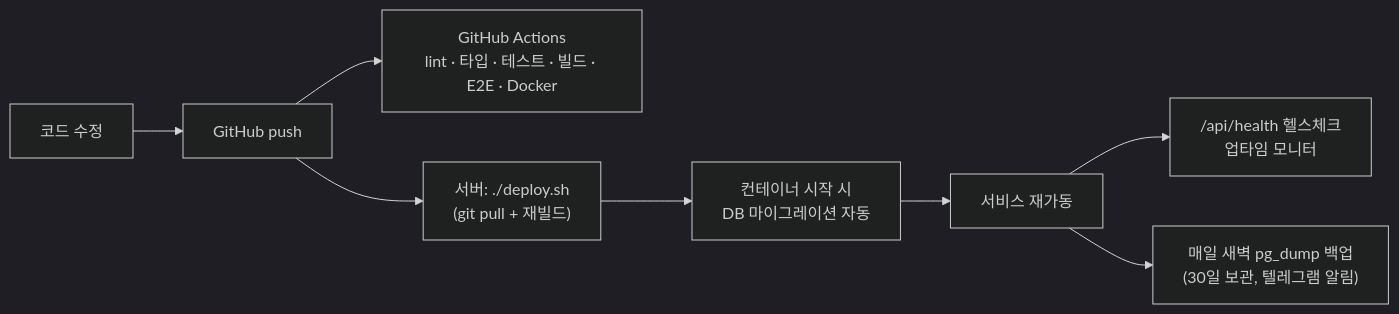
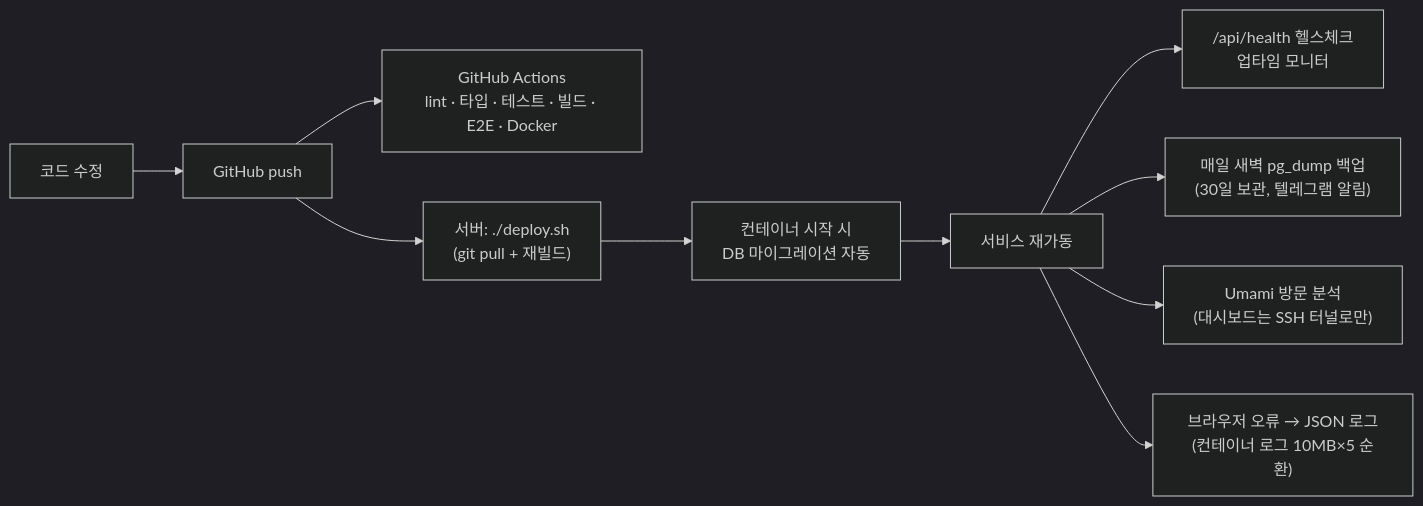
Before and after one commit to vittroi384/qr-web: the fourth of 4 diagrams in docs/HANDOVER.md, drawn with Mermaid (dark theme). The commit also changed other lines of this file and 4 other files, not shown here.

Commit message:
문서 갱신 — 인수인계(MD/Word) Phase 6·교훈·면접·체크리스트·파일 지도, 다이어그램 3장 재생성, ADR-007(자체 호스팅 분석), PLAN §10·§11

````diff
--- a/docs/HANDOVER.md
+++ b/docs/HANDOVER.md
@@ -106,10 +112,12 @@
 ```mermaid
 flowchart LR
   Dev[코드 수정] --> GH[GitHub push]
   GH --> CI["GitHub Actions<br/>lint · 타입 · 테스트 · 빌드 · E2E · Docker"]
   GH --> SV["서버: ./deploy.sh<br/>(git pull + 재빌드)"]
   SV --> MIG["컨테이너 시작 시<br/>DB 마이그레이션 자동"]
   MIG --> RUN[서비스 재가동]
   RUN --> HC["/api/health 헬스체크<br/>업타임 모니터"]
   RUN --> BK["매일 새벽 pg_dump 백업<br/>(30일 보관, 텔레그램 알림)"]
+  RUN --> AN["Umami 방문 분석<br/>(대시보드는 SSH 터널로만)"]
+  RUN --> ER["브라우저 오류 → JSON 로그<br/>(컨테이너 로그 10MB×5 순환)"]
 ```
````
